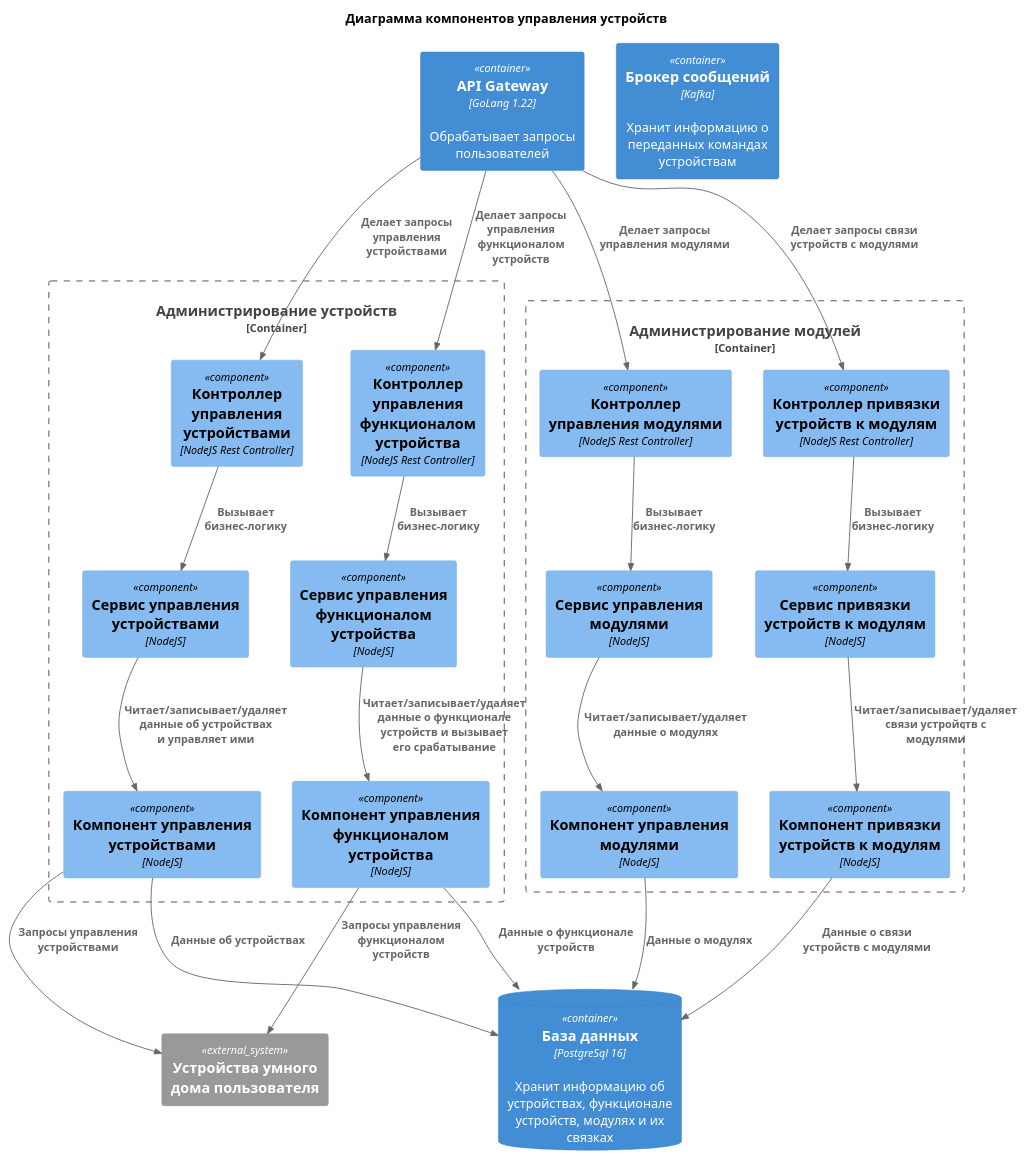
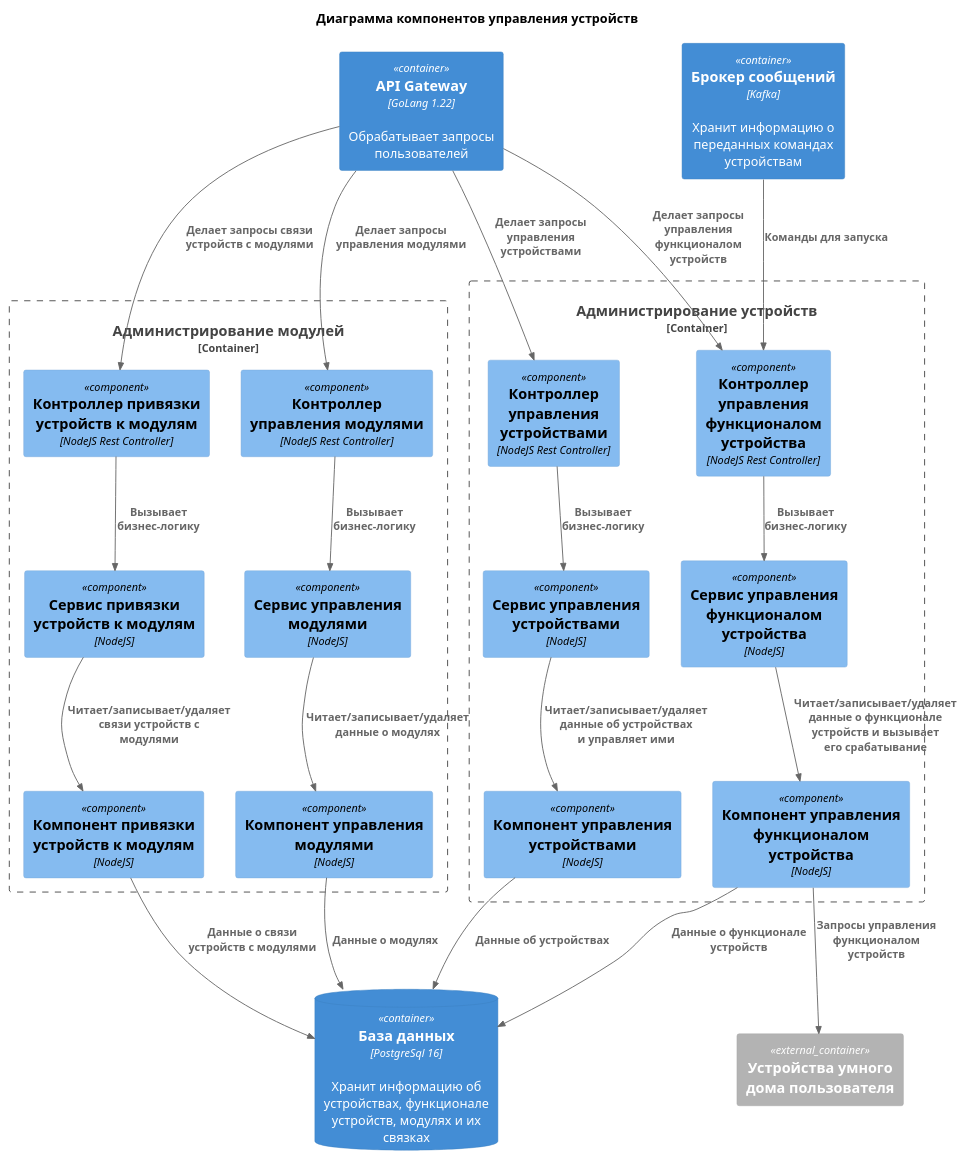
One commit to xSparKIx/architecture-pro-warmhouse changed the diagram in diagrams/components/Devices.puml. Above: the diagram before and after it, drawn with PlantUML. The commit also changed 29 other files, not shown here.

```diff
--- a/diagrams/components/Devices.puml
+++ b/diagrams/components/Devices.puml
@@ -1,72 +1,67 @@
 @startuml Devices component diagram
 title Диаграмма компонентов управления устройств
 
 !include ../templates/C4_Component.puml
 
 ' Внешние сущности
 Container(APIGateway, "API Gateway", "GoLang 1.22", "Обрабатывает запросы пользователей")
 ContainerDb(db, "База данных", "PostgreSql 16", "Хранит информацию об устройствах, функционале устройств, модулях и их связках")
 Container(broker, "Брокер сообщений", "Kafka", "Хранит информацию о переданных командах устройствам")
-System_Ext(UserDevicesSystem, "Устройства умного дома пользователя")
+Container_Ext(UserDevicesSystem, "Устройства умного дома пользователя")
 
-' @todo Тут посмотреть реализацию в NestJS заменить Nodejs на Nest и скорректировать структуру
-' @todo Скорее всего тут добавить запись в бд напрямую всеже а не через апи, ПОДУМАТЬ
-' @todo Возможно между сервисами управления устройствами и управлением функционалом устройства должна быть связь
-' но это не точно, так как можно сразу при создании записывать функции (тогда связь будет) либо делать это последовательно (вызывать разные ручки и связи тогда не будет)
-' @todo Возможно не нужно выделять отдельно сервисы, а обойтись только компонентами
-
-' @todo Добавить сюда брокер чтобы команды шли через него
 ' @todo Возможно добавить сюда сервис состояния устройств, который их будет опрашивать, но вообще тут есть похожий
 ' и у нас есть сервис телеметрии еще
 
 ' Контейнер администрирования устройств
 Container_Boundary(DevicesContainer, "Администрирование устройств") {
     ' Управление устройствами
     Component(DevicesController, "Контроллер управления устройствами", "NodeJS Rest Controller")
     Component(DevicesService, "Сервис управления устройствами", "NodeJS")
     Component(DevicesComponent, "Компонент управления устройствами", "NodeJS")
 
     ' Администрирование устройств
     Component(FunctionalController, "Контроллер управления функционалом устройства", "NodeJS Rest Controller")
     Component(FunctionalService,  "Сервис управления функционалом устройства", "NodeJS")
     Component(FunctionalComponent,  "Компонент управления функционалом устройства", "NodeJS")
 }
 
 ' Контейнер администрирования модулей
 Container_Boundary(ModulesContainer, "Администрирование модулей") {
     ' Управление устройствами
     Component(ModulesController, "Контроллер управления модулями", "NodeJS Rest Controller")
     Component(ModulesService, "Сервис управления модулями", "NodeJS")
     Component(ModulesComponent, "Компонент управления модулями", "NodeJS")
 
     ' Привязка устройств к модулям
     Component(ModulesConnectController, "Контроллер привязки устройств к модулям", "NodeJS Rest Controller")
     Component(ModulesConnectService, "Сервис привязки устройств к модулям", "NodeJS")
     Component(ModulesConnectComponent, "Компонент привязки устройств к модулям", "NodeJS")
 }
 
 ' Связи контейнера администрирования устройств
 Rel(APIGateway, DevicesController, "Делает запросы управления устройствами")
 Rel(DevicesController, DevicesService, "Вызывает бизнес-логику")
 Rel(DevicesService, DevicesComponent, "Читает/записывает/удаляет данные об устройствах и управляет ими")
-Rel(DevicesComponent, UserDevicesSystem, "Запросы управления устройствами")
 Rel(DevicesComponent, db, "Данные об устройствах")
 
 Rel(APIGateway, FunctionalController, "Делает запросы управления функционалом устройств")
 Rel(FunctionalController, FunctionalService, "Вызывает бизнес-логику")
 Rel(FunctionalService, FunctionalComponent, "Читает/записывает/удаляет данные о функционале устройств и вызывает его срабатывание")
 Rel(FunctionalComponent, UserDevicesSystem, "Запросы управления функционалом устройств")
 Rel(FunctionalComponent, db, "Данные о функционале устройств")
 
 ' Связи контейнера администрирования модулей
 Rel(APIGateway, ModulesController, "Делает запросы управления модулями")
 Rel(ModulesController, ModulesService, "Вызывает бизнес-логику")
 Rel(ModulesService, ModulesComponent, "Читает/записывает/удаляет данные о модулях")
 Rel(ModulesComponent, db, "Данные о модулях")
 
 Rel(APIGateway, ModulesConnectController, "Делает запросы связи устройств с модулями")
 Rel(ModulesConnectController, ModulesConnectService, "Вызывает бизнес-логику")
 Rel(ModulesConnectService, ModulesConnectComponent, "Читает/записывает/удаляет связи устройств с модулями")
 Rel(ModulesConnectComponent, db, "Данные о связи устройств с модулями")
 
+' Связи брокера
+Rel(broker, FunctionalController, "Команды для запуска")
+
 @endmul
```
